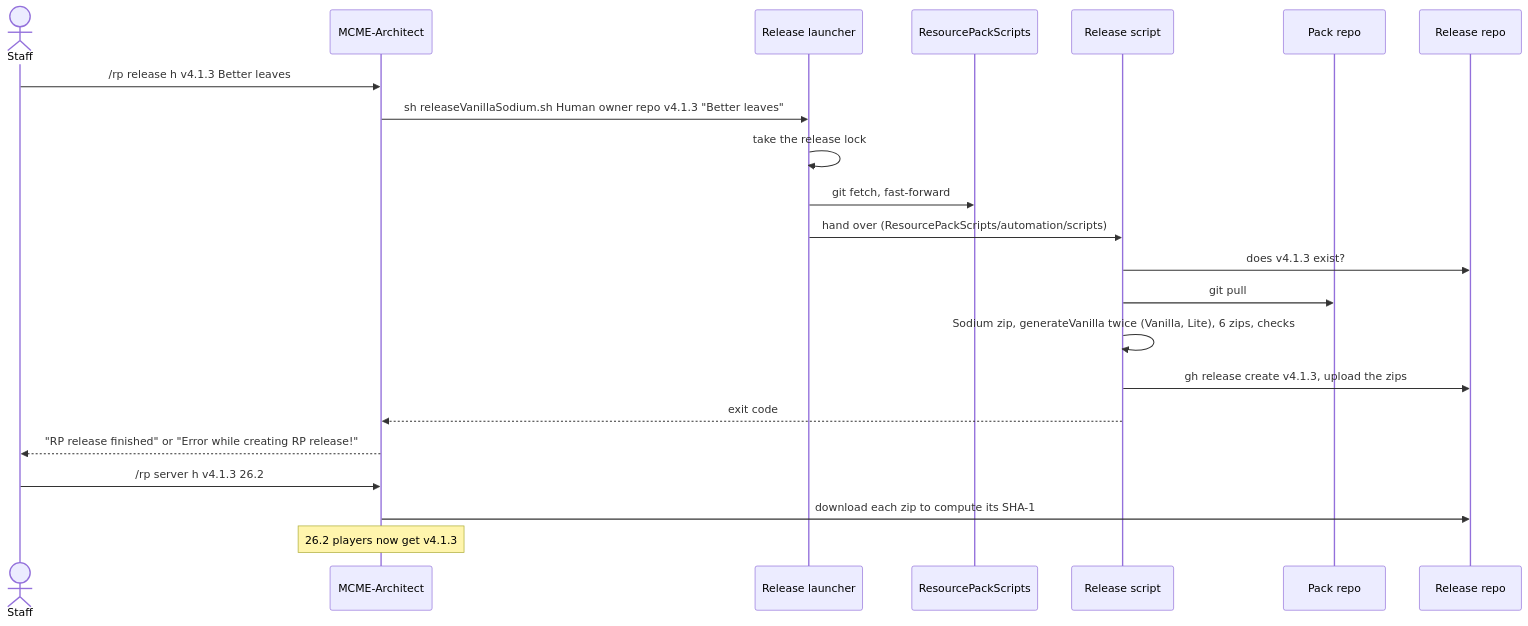
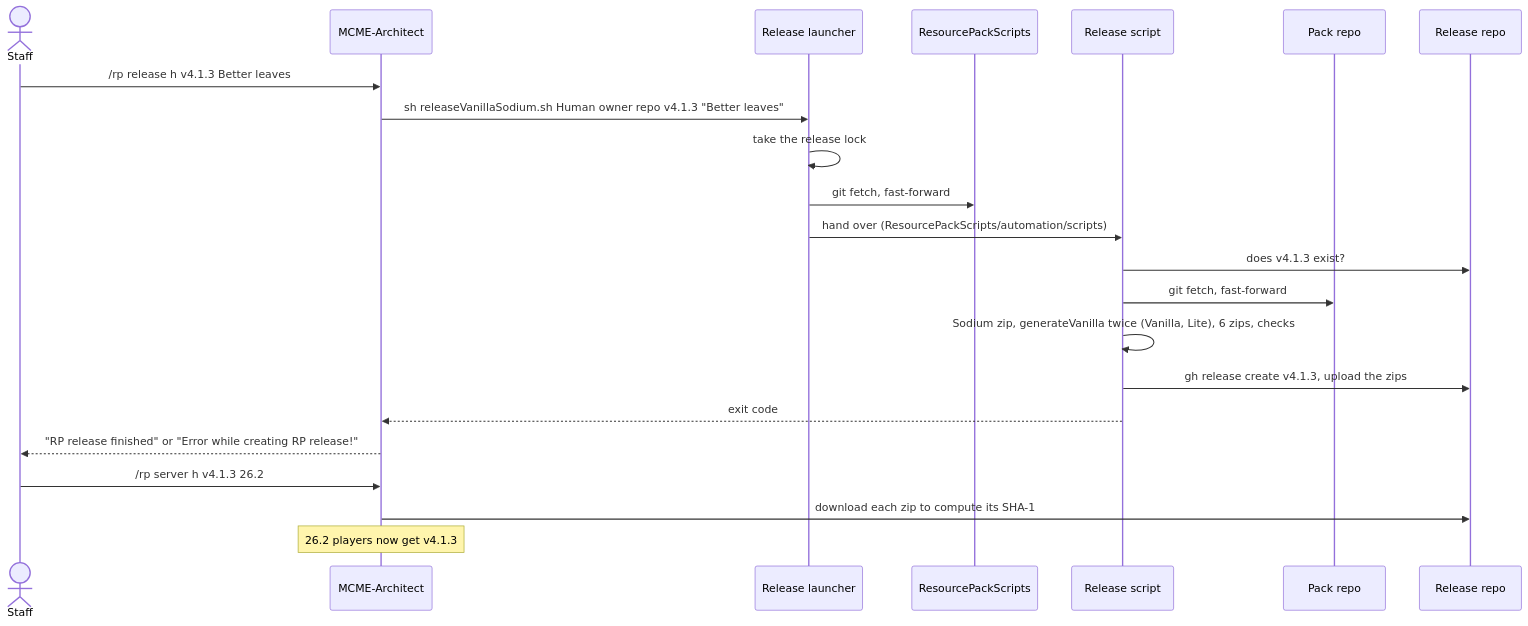
The second of 3 diagrams in docs/release-pipeline.md (MCME/ResourcePackScripts), drawn with Mermaid before and after one commit. The commit also changed other lines of this file and 2 other files, not shown here.

First line of the commit message:
docs: A release builds exactly what GitHub has, or stops

````diff
--- a/docs/release-pipeline.md
+++ b/docs/release-pipeline.md
@@ -46,25 +46,25 @@
 ```mermaid
 sequenceDiagram
     actor Staff
     participant Architect as MCME-Architect
     participant Launcher as Release launcher
     participant Scripts as ResourcePackScripts
     participant Script as Release script
     participant Pack as Pack repo
     participant GitHub as Release repo
 
     Staff->>Architect: /rp release h v4.1.3 Better leaves
     Architect->>Launcher: sh releaseVanillaSodium.sh Human owner repo v4.1.3 "Better leaves"
     Launcher->>Launcher: take the release lock
     Launcher->>Scripts: git fetch, fast-forward
     Launcher->>Script: hand over (ResourcePackScripts/automation/scripts)
     Script->>GitHub: does v4.1.3 exist?
-    Script->>Pack: git pull
+    Script->>Pack: git fetch, fast-forward
     Script->>Script: Sodium zip, generateVanilla twice (Vanilla, Lite), 6 zips, checks
     Script->>GitHub: gh release create v4.1.3, upload the zips
     Script-->>Architect: exit code
     Architect-->>Staff: "RP release finished" or "Error while creating RP release!"
     Staff->>Architect: /rp server h v4.1.3 26.2
     Architect->>GitHub: download each zip to compute its SHA-1
     Note over Architect: 26.2 players now get v4.1.3
 ```
````
